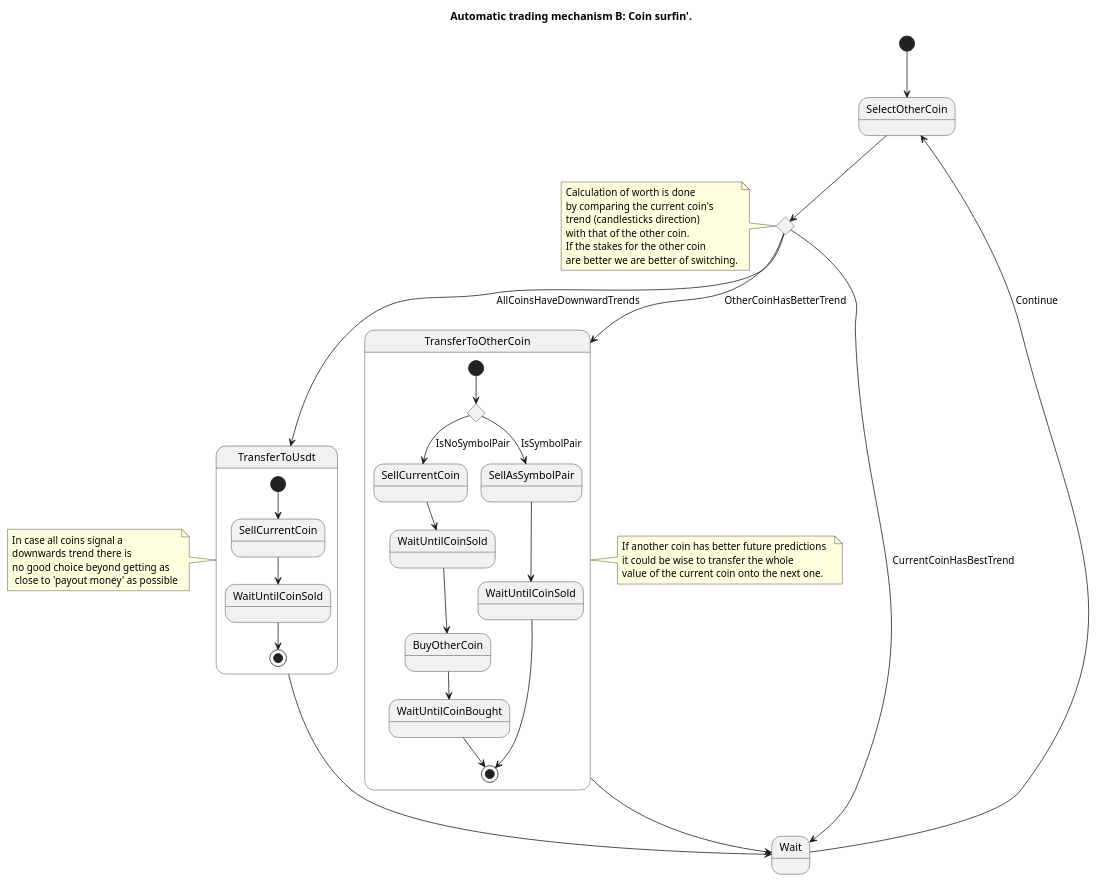
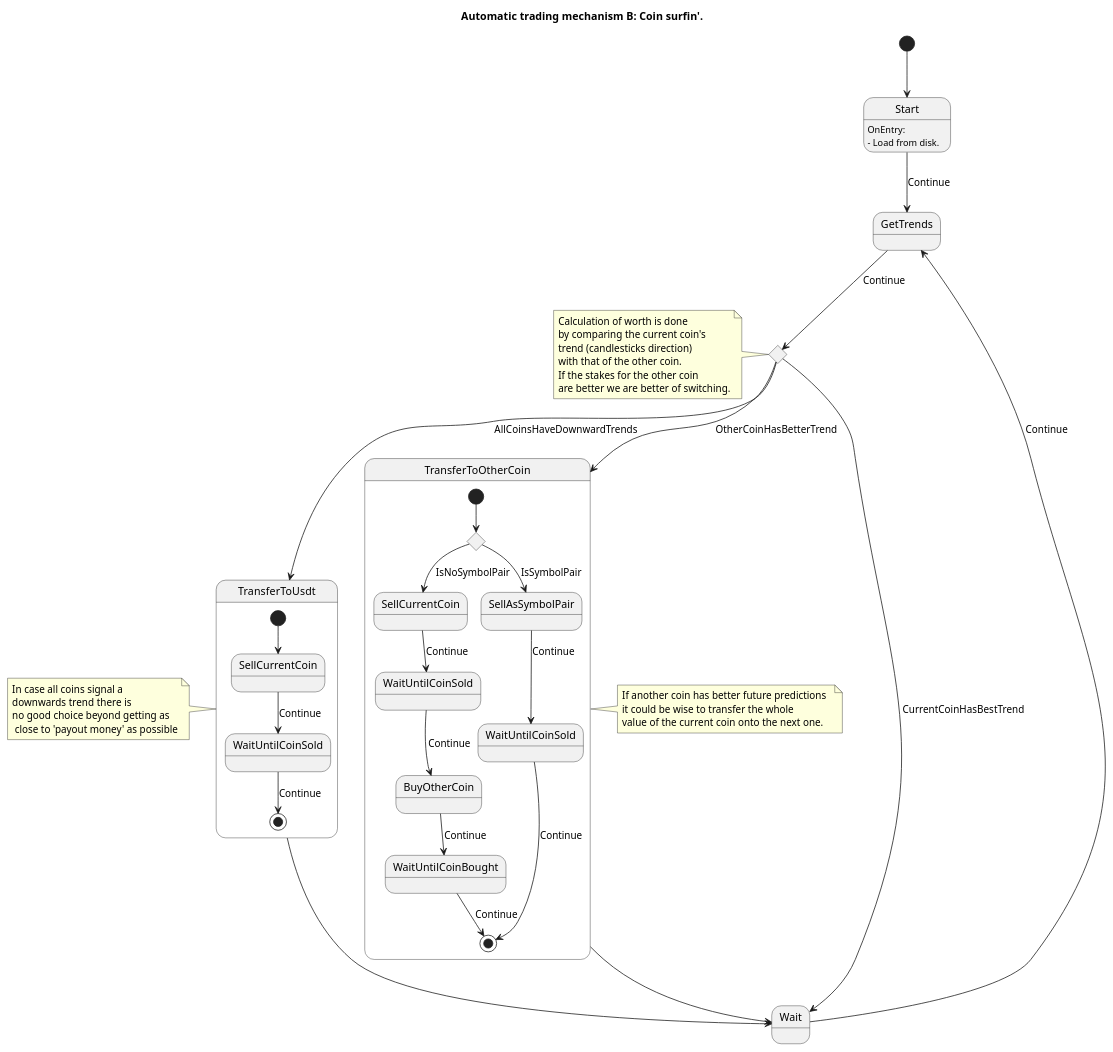
The diagram in EtAlii.BinanceMagic/Algorithms/Surfing/StateMachine.puml (vrenken/EtAlii.CryptoMagic), drawn with PlantUML before and after one commit. The commit also changed 22 other files, not shown here.

```diff
--- a/EtAlii.BinanceMagic/Algorithms/Surfing/StateMachine.puml
+++ b/EtAlii.BinanceMagic/Algorithms/Surfing/StateMachine.puml
@@ -1,58 +1,62 @@
 @startuml
 'stateless namespace EtAlii.BinanceMagic.Surfing
 'stateless class SurfingStateMachineBase
 
 title Automatic trading mechanism B: Coin surfin'.
 
-[*] --> SelectOtherCoin
+[*] --> Start
+Start --> GetTrends : Continue
+Start : OnEntry:
+Start : - Load from disk.
+
 state DetermineOtherCoinValue <<choice>>
+GetTrends -down-> DetermineOtherCoinValue : Continue
 note left of DetermineOtherCoinValue
 Calculation of worth is done 
 by comparing the current coin's 
 trend (candlesticks direction)
 with that of the other coin.
 If the stakes for the other coin 
 are better we are better of switching.
 end note
 
-SelectOtherCoin -down-> DetermineOtherCoinValue
 DetermineOtherCoinValue --> Wait : CurrentCoinHasBestTrend
 DetermineOtherCoinValue --> TransferToOtherCoin : OtherCoinHasBetterTrend
 DetermineOtherCoinValue --> TransferToUsdt : AllCoinsHaveDownwardTrends
 note left of TransferToUsdt
 In case all coins signal a 
 downwards trend there is 
 no good choice beyond getting as
  close to 'payout money' as possible
 end note
 state TransferToUsdt {
     state "SellCurrentCoin" as SellCurrentCoinInUsdtTransfer
     state "WaitUntilCoinSold" as WaitUntilCoinSoldInUsdtTransfer
     [*] --> SellCurrentCoinInUsdtTransfer
-    SellCurrentCoinInUsdtTransfer --> WaitUntilCoinSoldInUsdtTransfer
-    WaitUntilCoinSoldInUsdtTransfer --> [*]
+    SellCurrentCoinInUsdtTransfer --> WaitUntilCoinSoldInUsdtTransfer : Continue
+    WaitUntilCoinSoldInUsdtTransfer --> [*] : Continue
 }
 TransferToUsdt -down-> Wait
 
 note right of TransferToOtherCoin
 If another coin has better future predictions 
 it could be wise to transfer the whole
 value of the current coin onto the next one.   
 end note
 state TransferToOtherCoin {
     state DetermineSymbolPair <<choice>>
     state "WaitUntilCoinSold" as WaitUntilCoinSoldAsSymbolPair
     [*] --> DetermineSymbolPair
     DetermineSymbolPair --> SellCurrentCoin : IsNoSymbolPair
     DetermineSymbolPair --> SellAsSymbolPair : IsSymbolPair
-    SellAsSymbolPair --> WaitUntilCoinSoldAsSymbolPair
-    WaitUntilCoinSoldAsSymbolPair --> [*]
-    SellCurrentCoin --> WaitUntilCoinSold
-    WaitUntilCoinSold --> BuyOtherCoin
-    BuyOtherCoin --> WaitUntilCoinBought
-    WaitUntilCoinBought --> [*]
+    SellAsSymbolPair --> WaitUntilCoinSoldAsSymbolPair : Continue
+    WaitUntilCoinSoldAsSymbolPair --> [*] : Continue
+    SellCurrentCoin --> WaitUntilCoinSold : Continue
+    WaitUntilCoinSold --> BuyOtherCoin : Continue
+    BuyOtherCoin --> WaitUntilCoinBought : Continue
+    WaitUntilCoinBought --> [*] : Continue
 }
 TransferToOtherCoin -down-> Wait
-Wait -up-> SelectOtherCoin : Continue
+Wait -up-> GetTrends : Continue
 
 @enduml
```
